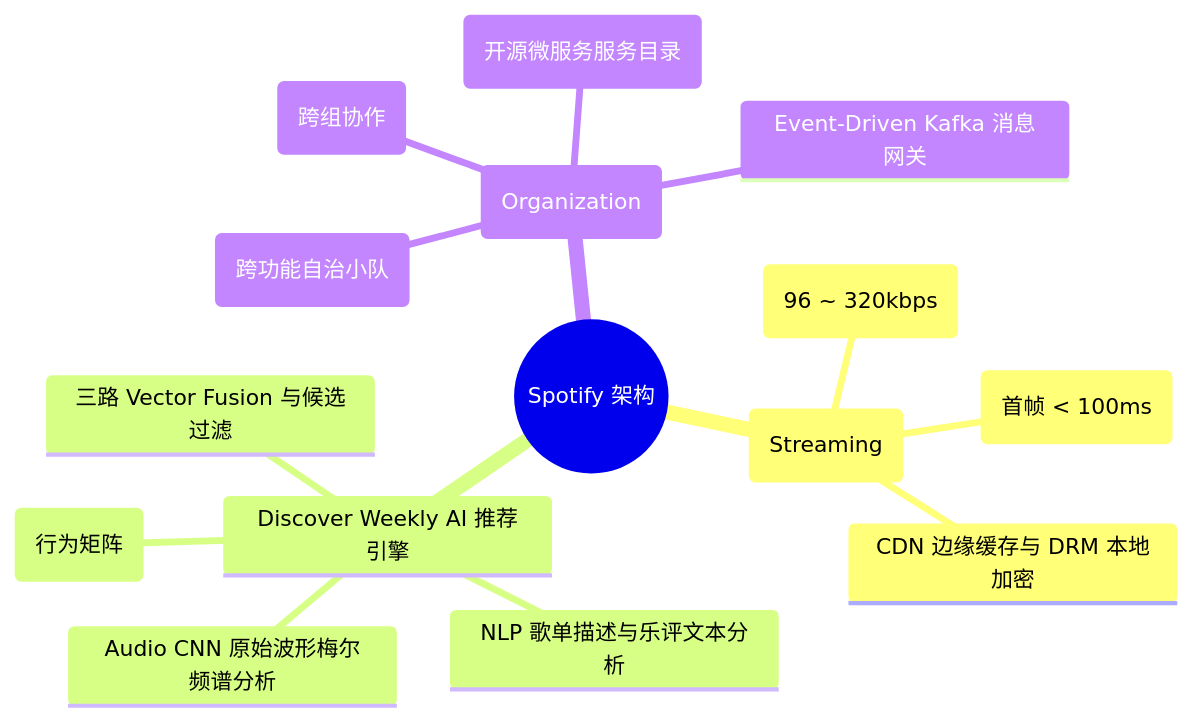
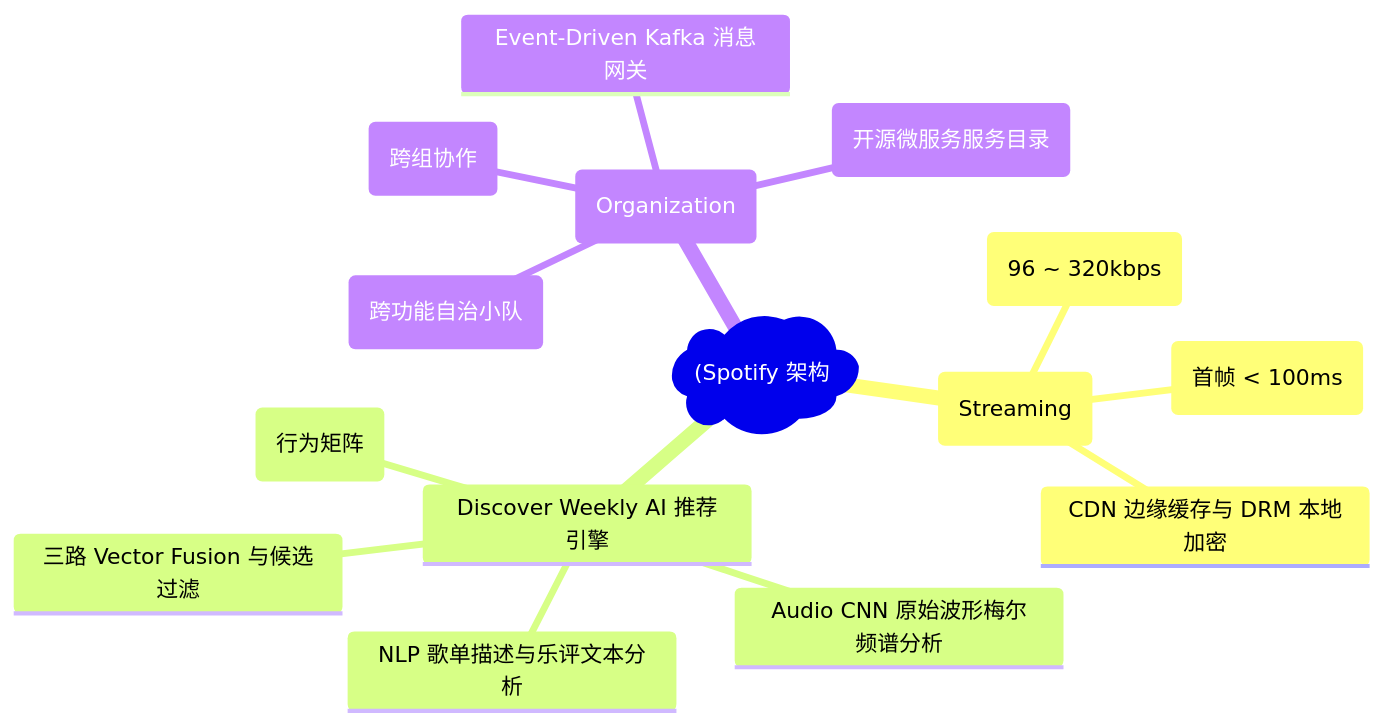
One commit to koosai/AI-Architect-Learning changed the second of 6 diagrams in docs/atlas/spotify.mdx. Above: the diagram before and after it, drawn with Mermaid. The commit also changed 187 other files, not shown here.

Commit message:
fix(mermaid): fix all unquoted parens and edge label syntax errors across all docs

````diff
--- a/docs/atlas/spotify.mdx
+++ b/docs/atlas/spotify.mdx
@@ -87,18 +87,18 @@
 ```mermaid
 mindmap
-  root((Spotify 架构))
+  root("(Spotify 架构"))
     音频分发与流媒体 (Streaming)
       Ogg Vorbis 动态比特率 (96 ~ 320kbps)
       16KB 块级预加载 (首帧 < 100ms)
       CDN 边缘缓存与 DRM 本地加密
     Discover Weekly AI 推荐引擎
       Implicit ALS 协同过滤 (行为矩阵)
       NLP 歌单描述与乐评文本分析
       Audio CNN 原始波形梅尔频谱分析
       三路 Vector Fusion 与候选过滤
     组织架构与微服务治理 (Organization)
       Squads (跨功能自治小队)
       Tribes / Chapters / Guilds (跨组协作)
       Backstage (开源微服务服务目录)
       Event-Driven Kafka 消息网关
 ```
````
